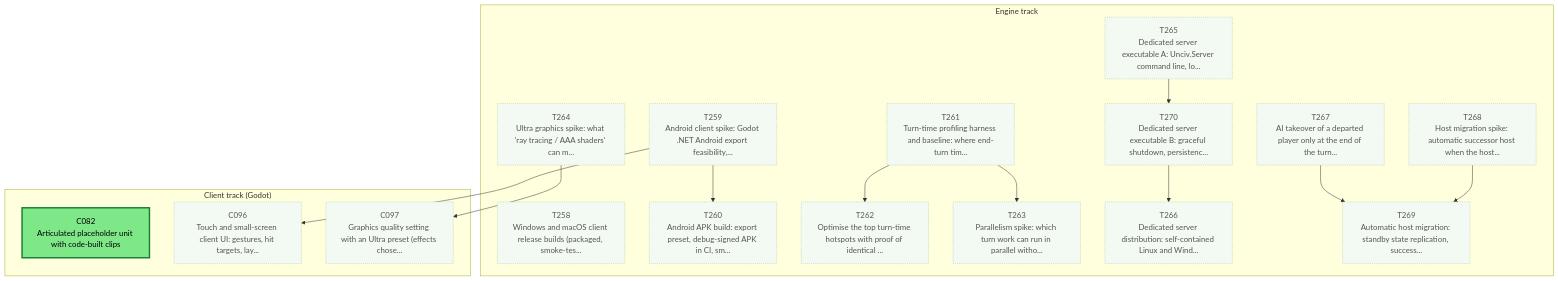
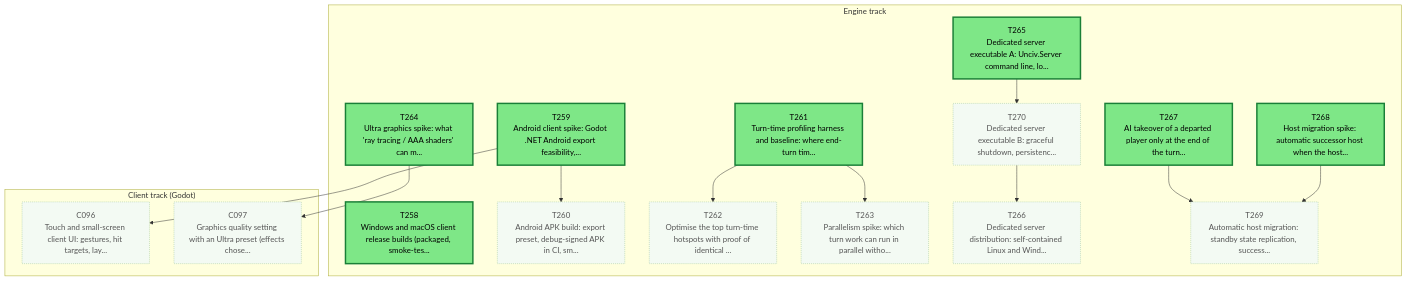
One commit to Kenmura/Unciv changed the first of 3 diagrams in csharp/migration/DEPENDENCY_MAP.md. Above: the diagram before and after it, drawn with Mermaid. The commit also changed other lines of this file and 1 other file, not shown here.

````diff
--- a/csharp/migration/DEPENDENCY_MAP.md
+++ b/csharp/migration/DEPENDENCY_MAP.md
@@ -35,55 +35,53 @@
 ```mermaid
 flowchart TD
   subgraph TTRACK["Engine track"]
     T258["T258<br/>Windows and macOS client release builds (packaged, smoke-tes..."]
     T259["T259<br/>Android client spike: Godot .NET Android export feasibility,..."]
     T260["T260<br/>Android APK build: export preset, debug-signed APK in CI, sm..."]
     T261["T261<br/>Turn-time profiling harness and baseline: where end-turn tim..."]
     T262["T262<br/>Optimise the top turn-time hotspots with proof of identical ..."]
     T263["T263<br/>Parallelism spike: which turn work can run in parallel witho..."]
     T264["T264<br/>Ultra graphics spike: what 'ray tracing / AAA shaders' can m..."]
     T265["T265<br/>Dedicated server executable A: Unciv.Server command line, lo..."]
     T266["T266<br/>Dedicated server distribution: self-contained Linux and Wind..."]
     T267["T267<br/>AI takeover of a departed player only at the end of the turn..."]
     T268["T268<br/>Host migration spike: automatic successor host when the host..."]
     T269["T269<br/>Automatic host migration: standby state replication, success..."]
     T270["T270<br/>Dedicated server executable B: graceful shutdown, persistenc..."]
   end
   subgraph CTRACK["Client track (Godot)"]
-    C082["C082<br/>Articulated placeholder unit with code-built clips"]
     C096["C096<br/>Touch and small-screen client UI: gestures, hit targets, lay..."]
     C097["C097<br/>Graphics quality setting with an Ultra preset (effects chose..."]
   end
   T259 --> T260
   T261 --> T262
   T261 --> T263
   T270 --> T266
   T268 --> T269
   T267 --> T269
   T265 --> T270
   T259 --> C096
   T264 --> C097
   classDef waiting fill:#f3faf3,stroke:#9bc49b,color:#555,stroke-dasharray:2 2
   classDef ondeck fill:#ffe8cc,stroke:#e8590c,stroke-width:3px,color:#000
   classDef ready fill:#7ee787,stroke:#1a7f37,stroke-width:3px,color:#000
   classDef prog fill:#fff3b0,stroke:#b58900,color:#000
   classDef review fill:#cfe4ff,stroke:#1f6feb,color:#000
   classDef blocked fill:#ffd6d6,stroke:#c62828,color:#000
   classDef done fill:#eeeeee,stroke:#999999,color:#666,stroke-dasharray:4 3
-  class C082 ready
   class C096 waiting
   class C097 waiting
-  class T258 waiting
-  class T259 waiting
+  class T258 ready
+  class T259 ready
   class T260 waiting
-  class T261 waiting
+  class T261 ready
   class T262 waiting
   class T263 waiting
-  class T264 waiting
-  class T265 waiting
+  class T264 ready
+  class T265 ready
   class T266 waiting
-  class T267 waiting
-  class T268 waiting
+  class T267 ready
+  class T268 ready
   class T269 waiting
   class T270 waiting
 ```
````
